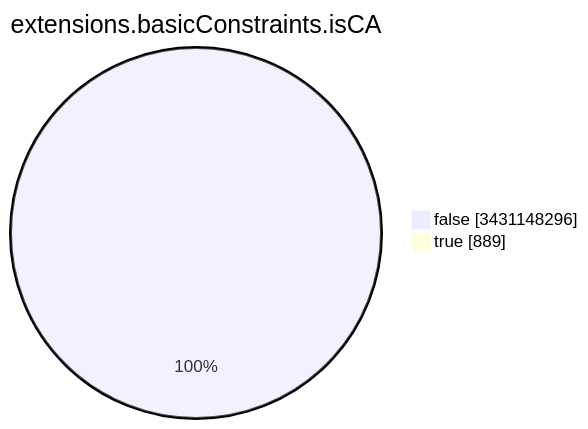
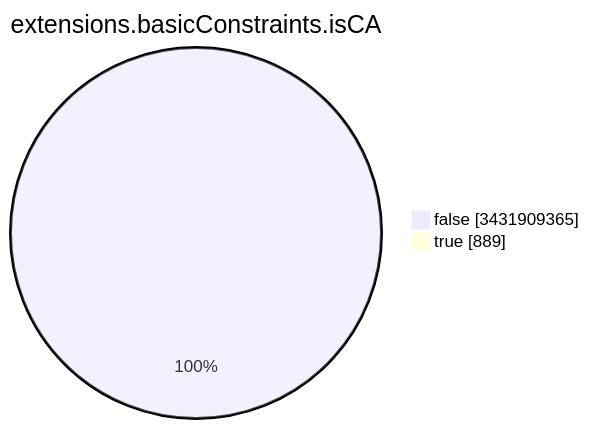
The seventh of 15 diagrams in TOTAL/README.md (christiankrug/ctmonitor_visualization), drawn with Mermaid before and after one commit. The commit also changed other lines of this file, not shown here.

````diff
--- a/TOTAL/README.md
+++ b/TOTAL/README.md
@@ -3092,6 +3092,6 @@
 ```mermaid
 pie showData
 title extensions.basicConstraints.isCA
-"false" :3431148296
+"false" :3431909365
 "true" :889
 ```
````
